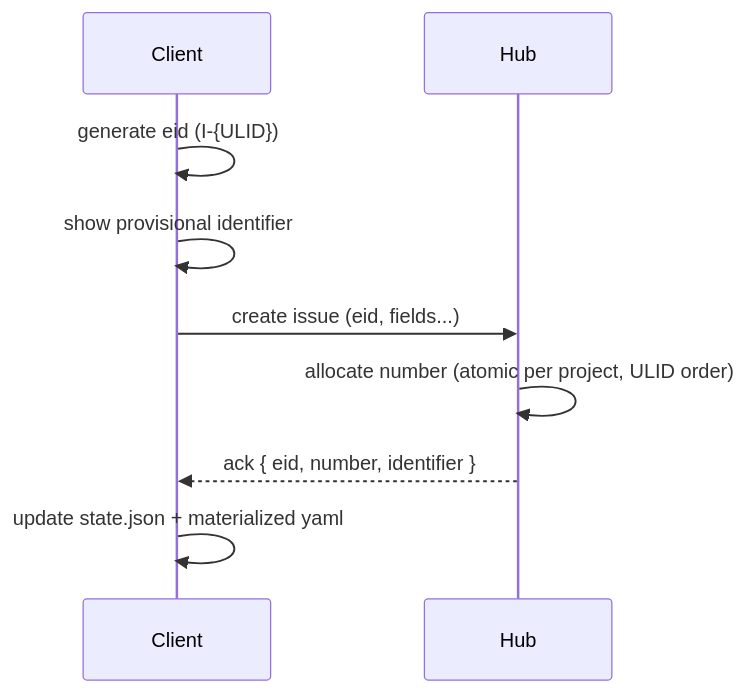
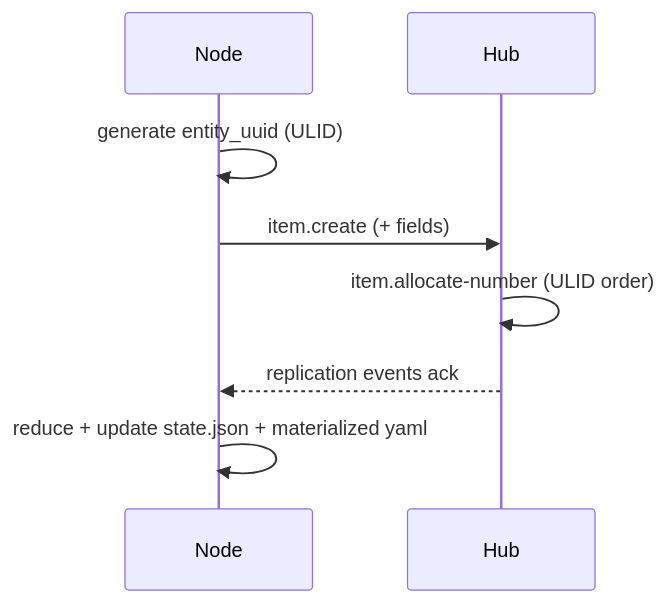
Before and after one commit to ngwese/track: the first of 5 diagrams in docs/SRD.md, drawn with Mermaid. The commit also changed other lines of this file and 9 other files, not shown here.

First line of the commit message:
docs: reconcile replication architecture across prd, srd, and adrs

````diff
--- a/docs/SRD.md
+++ b/docs/SRD.md
@@ -559,12 +604,11 @@
 ```mermaid
 sequenceDiagram
-    participant Client
+    participant Node
     participant Hub
 
-    Client->>Client: generate eid (I-{ULID})
-    Client->>Client: show provisional identifier
-    Client->>Hub: create issue (eid, fields...)
-    Hub->>Hub: allocate number (atomic per project, ULID order)
-    Hub-->>Client: ack { eid, number, identifier }
-    Client->>Client: update state.json + materialized yaml
+    Node->>Node: generate entity_uuid (ULID)
+    Node->>Hub: item.create (+ fields)
+    Hub->>Hub: item.allocate-number (ULID order)
+    Hub-->>Node: replication events ack
+    Node->>Node: reduce + update state.json + materialized yaml
 ```
````
